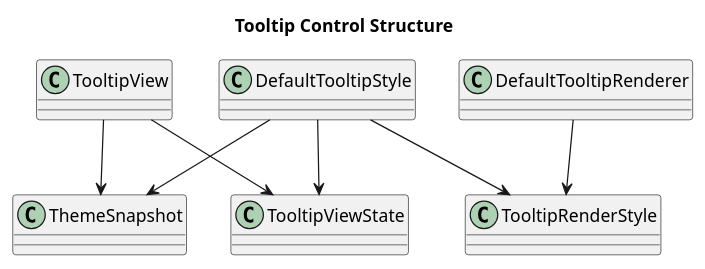
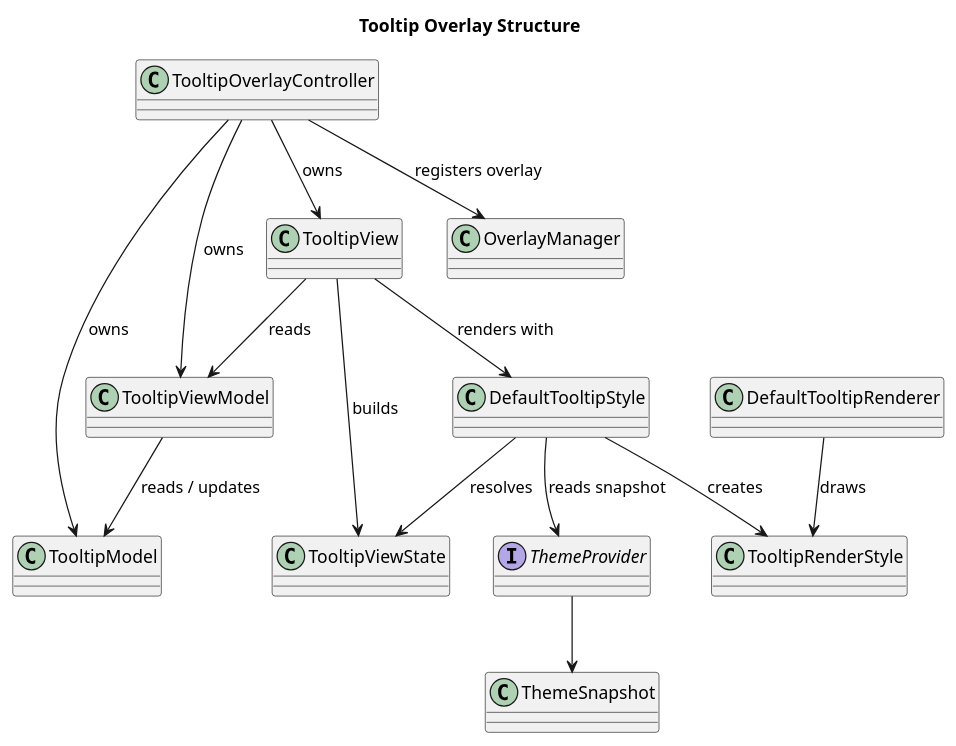
One commit to cdpoloz/cpz-mvvm-processing-controls changed the diagram in docs/uml/control_tooltip.puml. Above: the diagram before and after it, drawn with PlantUML. The commit also changed 251 other files, not shown here.

```diff
--- a/docs/uml/control_tooltip.puml
+++ b/docs/uml/control_tooltip.puml
@@ -1,19 +1,31 @@
 @startuml
-title Tooltip Control Structure
+title Tooltip Overlay Structure
 skinparam packageStyle rectangle
 skinparam shadowing false
 
+class TooltipOverlayController
+class TooltipModel
+class TooltipViewModel
 class TooltipView
 class TooltipViewState
 class DefaultTooltipStyle
 class TooltipRenderStyle
 class DefaultTooltipRenderer
+class OverlayManager
+interface ThemeProvider
 class ThemeSnapshot
 
-TooltipView --> TooltipViewState
-TooltipView --> ThemeSnapshot
-DefaultTooltipStyle --> TooltipViewState
-DefaultTooltipStyle --> ThemeSnapshot
-DefaultTooltipStyle --> TooltipRenderStyle
-DefaultTooltipRenderer --> TooltipRenderStyle
+TooltipOverlayController --> TooltipModel : owns
+TooltipOverlayController --> TooltipViewModel : owns
+TooltipOverlayController --> TooltipView : owns
+TooltipOverlayController --> OverlayManager : registers overlay
+TooltipViewModel --> TooltipModel : reads / updates
+TooltipView --> TooltipViewModel : reads
+TooltipView --> TooltipViewState : builds
+TooltipView --> DefaultTooltipStyle : renders with
+DefaultTooltipStyle --> ThemeProvider : reads snapshot
+ThemeProvider --> ThemeSnapshot
+DefaultTooltipStyle --> TooltipViewState : resolves
+DefaultTooltipStyle --> TooltipRenderStyle : creates
+DefaultTooltipRenderer --> TooltipRenderStyle : draws
 @enduml
```
